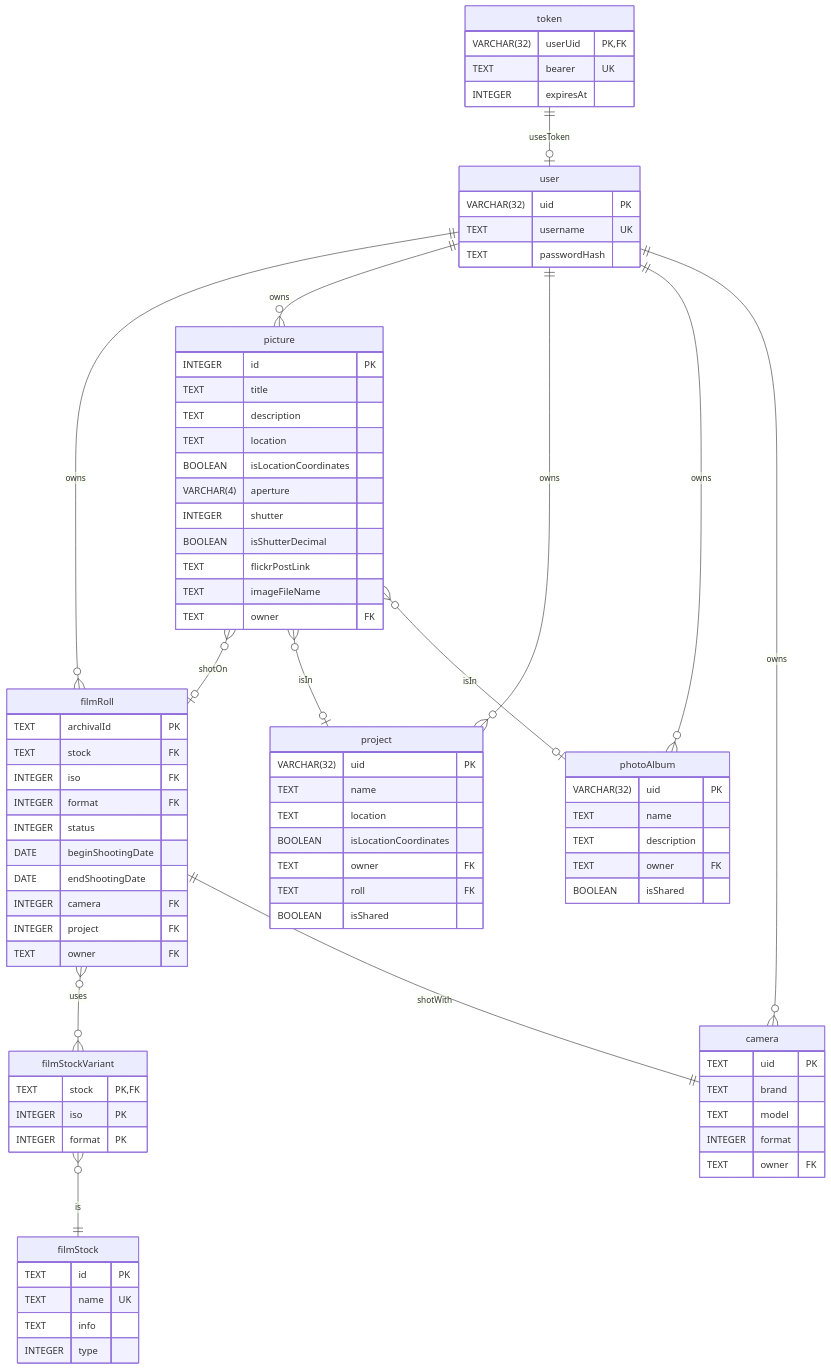
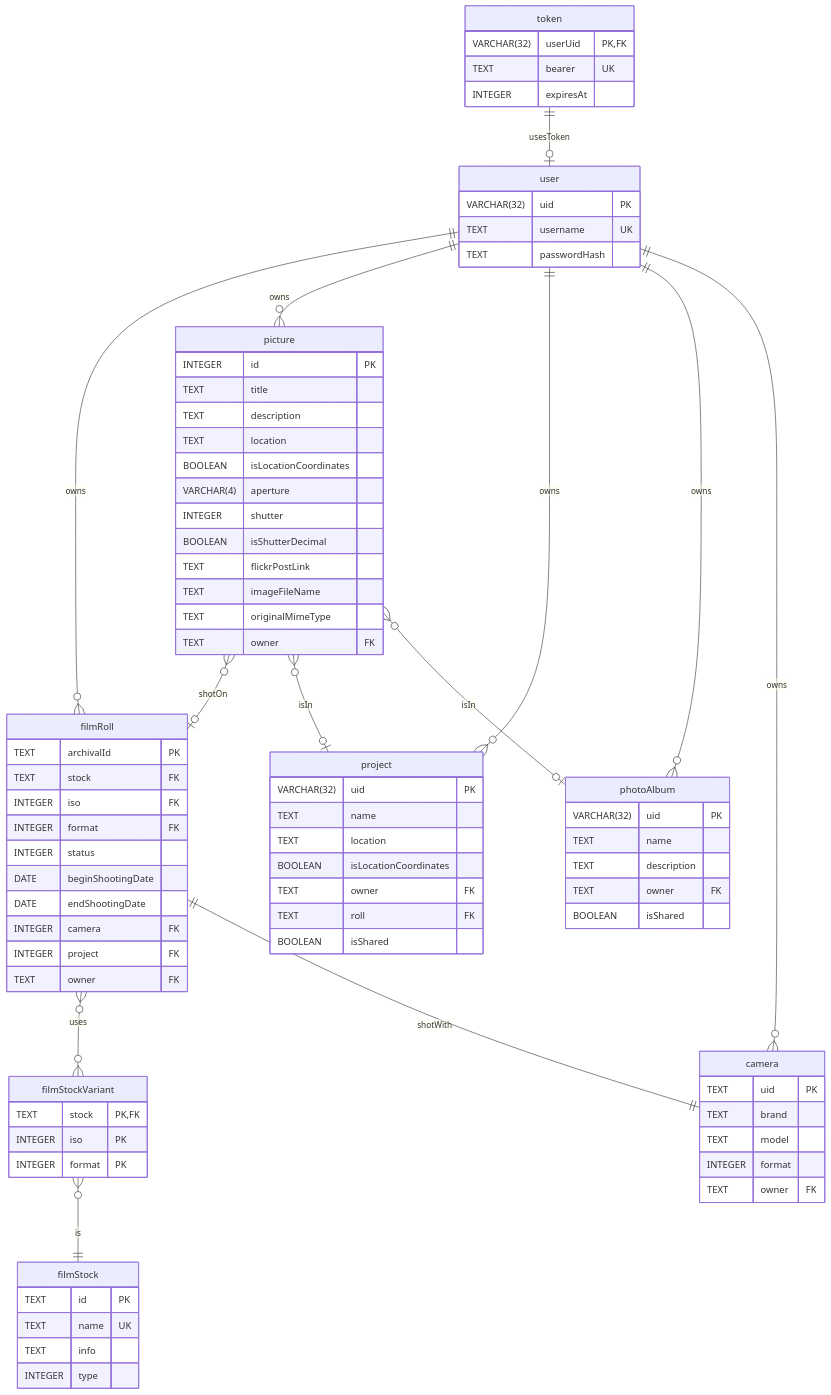
One commit to C4lopsitta/filmstore-api changed the diagram in Db/README.md. Above: the diagram before and after it, drawn with Mermaid. The commit also changed 12 other files, not shown here.

```diff
--- a/Db/README.md
+++ b/Db/README.md
@@ -39,6 +39,7 @@
 	BOOLEAN isShutterDecimal
 	TEXT flickrPostLink
 	TEXT imageFileName
+	TEXT originalMimeType
 	TEXT owner FK
 }
 
```
